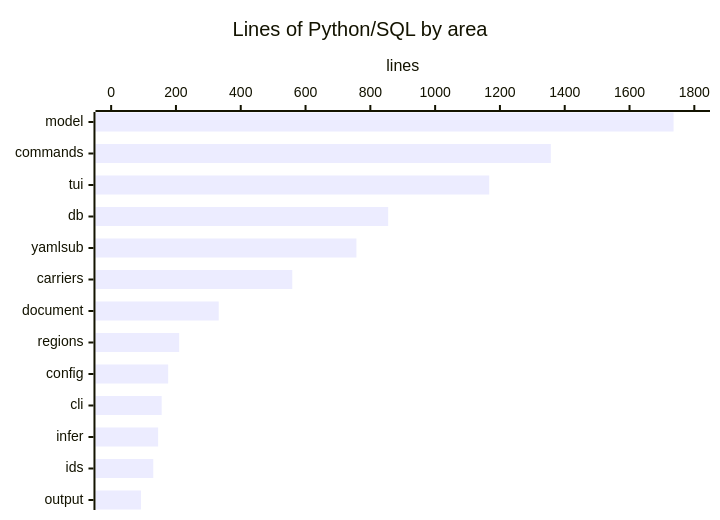
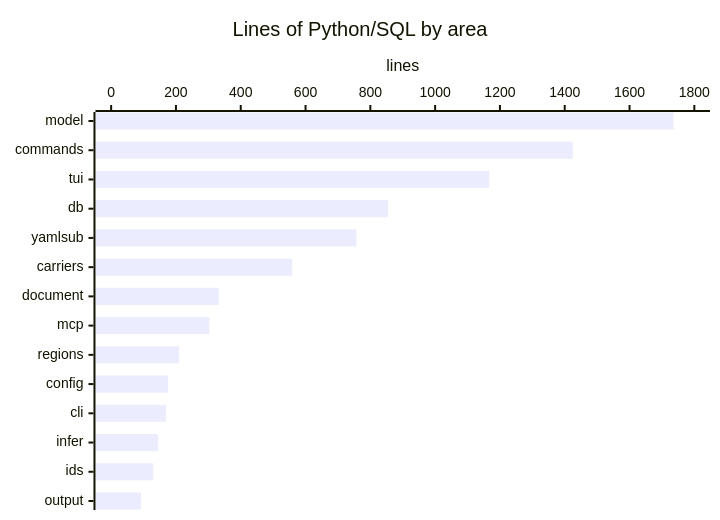
One commit to calisweetleaf/somnus-metadata changed the third of 3 diagrams in droid-wiki/overview/architecture.md. Above: the diagram before and after it, drawn with Mermaid. The commit also changed other lines of this file and 17 other files, not shown here.

````diff
--- a/droid-wiki/overview/architecture.md
+++ b/droid-wiki/overview/architecture.md
@@ -66,7 +67,7 @@
 ```mermaid
 xychart-beta horizontal
     title "Lines of Python/SQL by area"
-    x-axis ["model", "commands", "tui", "db", "yamlsub", "carriers", "document", "regions", "config", "cli", "infer", "ids", "output"]
+    x-axis ["model", "commands", "tui", "db", "yamlsub", "carriers", "document", "mcp", "regions", "config", "cli", "infer", "ids", "output"]
     y-axis "lines" 0 --> 1800
-    bar [1736, 1357, 1167, 855, 757, 559, 332, 210, 176, 156, 145, 130, 92]
+    bar [1736, 1425, 1167, 855, 757, 559, 332, 303, 210, 176, 169, 145, 130, 92]
 ```
````
